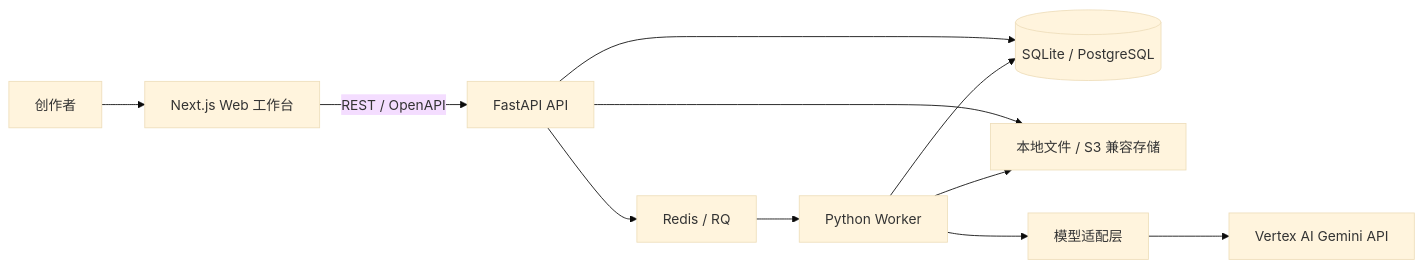
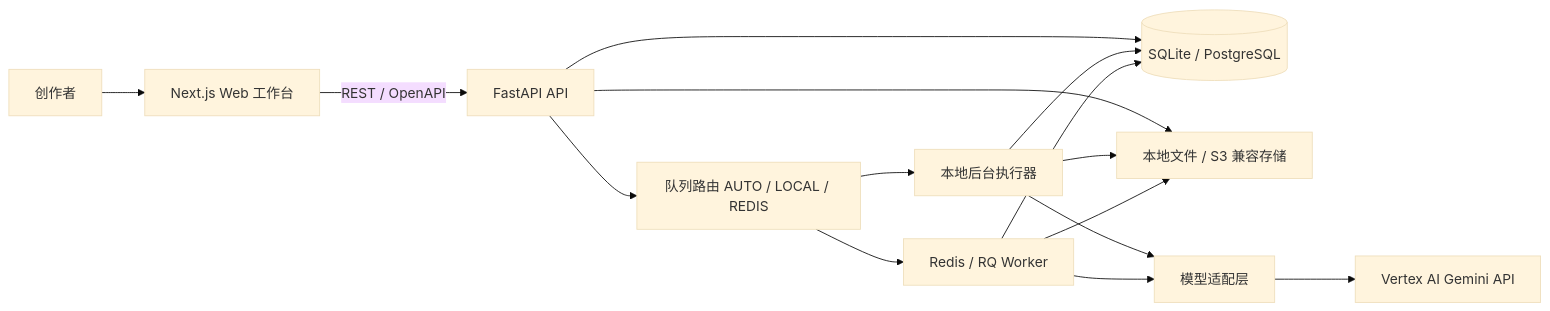
One commit to coffe01-10/MangaFlow changed the first of 2 diagrams in docs/architecture.md. Above: the diagram before and after it, drawn with Mermaid (base theme). The commit also changed other lines of this file and 38 other files, not shown here.

Commit message:
feat: complete first-page production readiness flow

````diff
--- a/docs/architecture.md
+++ b/docs/architecture.md
@@ -9,13 +9,17 @@
 ```mermaid
 flowchart LR
     U["创作者"] --> W["Next.js Web 工作台"]
     W -->|"REST / OpenAPI"| A["FastAPI API"]
     A --> D[("SQLite / PostgreSQL")]
     A --> F["本地文件 / S3 兼容存储"]
-    A --> Q["Redis / RQ"]
-    Q --> K["Python Worker"]
-    K --> M["模型适配层"]
+    A --> Q["队列路由 AUTO / LOCAL / REDIS"]
+    Q --> L["本地后台执行器"]
+    Q --> R["Redis / RQ Worker"]
+    L --> M["模型适配层"]
+    R --> M
     M --> V["Vertex AI Gemini API"]
-    K --> D
-    K --> F
+    L --> D
+    L --> F
+    R --> D
+    R --> F
 ```
````
